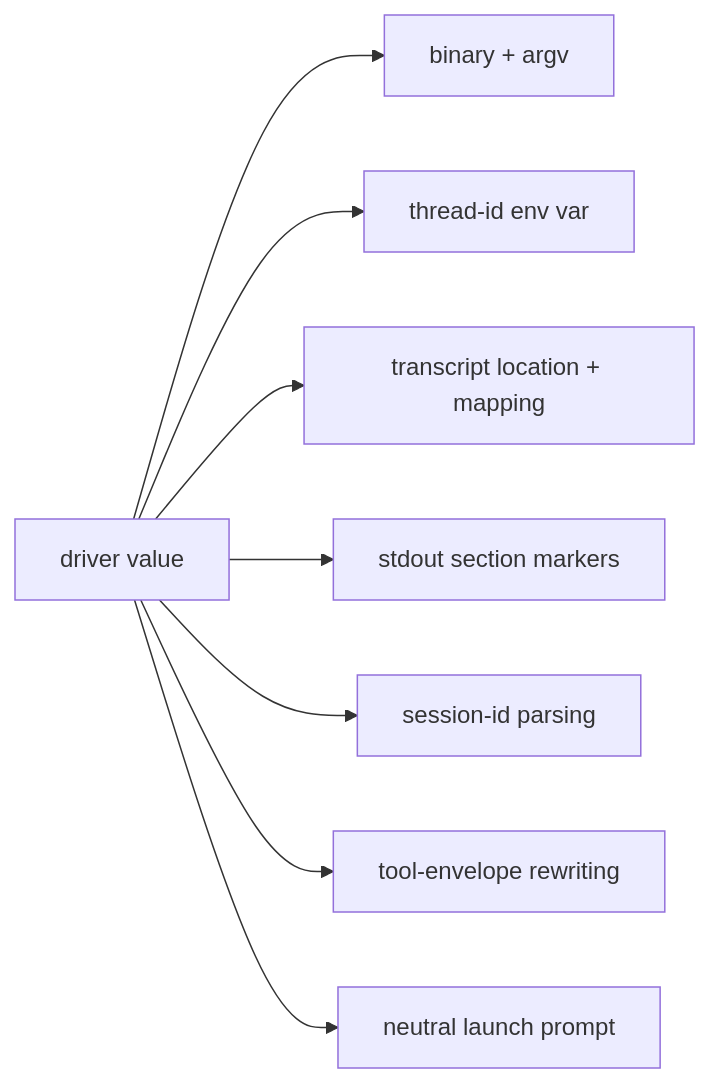
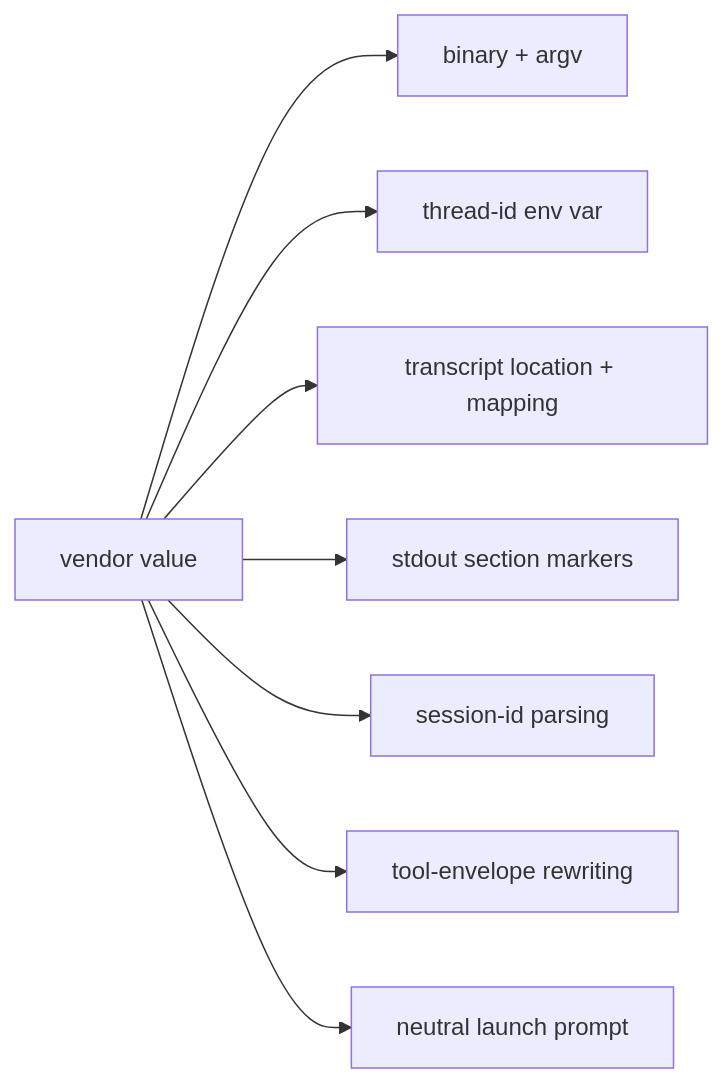
Before and after one commit to infimalabs/spice-rust: diagram 11 of 14 in docs/product/model/boundaries.md, drawn with Mermaid. The commit also changed other lines of this file and 71 other files, not shown here.

````diff
--- a/docs/product/model/boundaries.md
+++ b/docs/product/model/boundaries.md
@@ -216,10 +222,10 @@
 ```mermaid
 flowchart LR
-  D["driver value"] --> B[binary + argv]
+  D["vendor value"] --> B[binary + argv]
   D --> T[thread-id env var]
   D --> R[transcript location + mapping]
   D --> M[stdout section markers]
   D --> S[session-id parsing]
   D --> E[tool-envelope rewriting]
   D --> P[neutral launch prompt]
 ```
````
